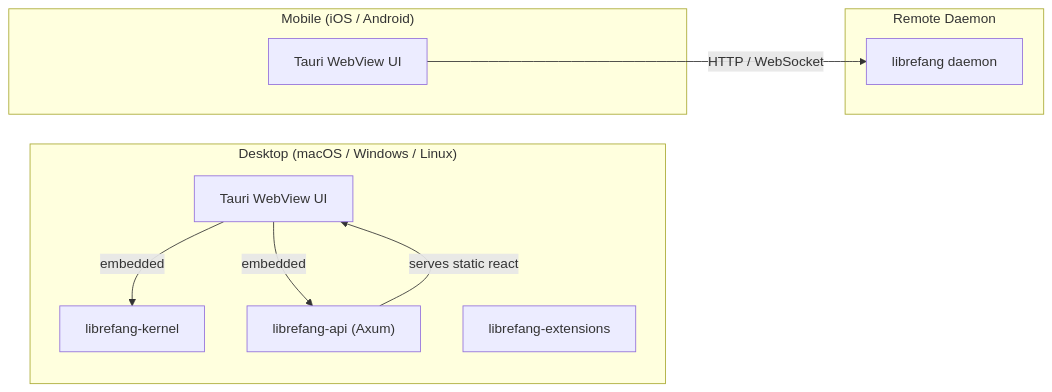
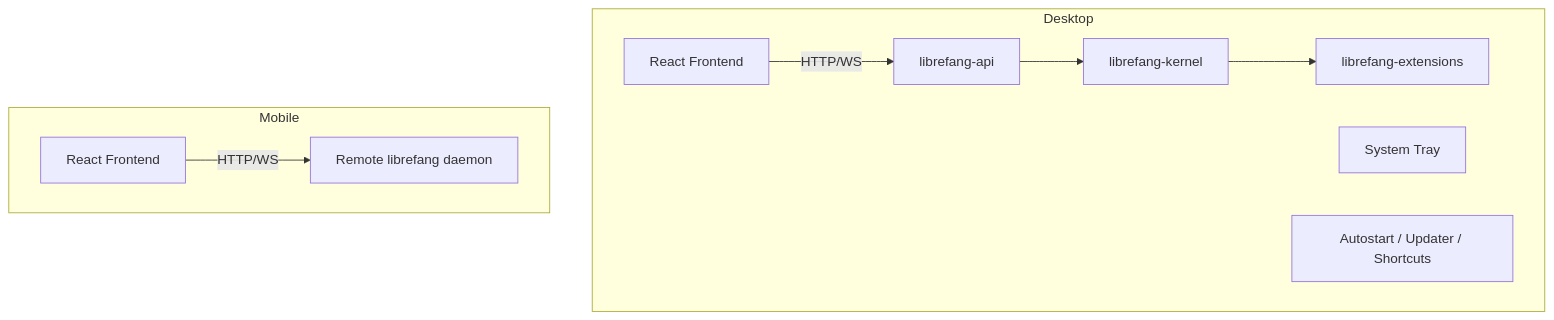
Before and after one commit to leszek3737/librefang-WIki: the diagram in other-librefang-desktop.md, drawn with Mermaid. The commit also changed other lines of this file and 126 other files, not shown here.

````diff
--- a/other-librefang-desktop.md
+++ b/other-librefang-desktop.md
@@ -9,22 +13,13 @@
 ```mermaid
-graph LR
-    subgraph Desktop["Desktop (macOS / Windows / Linux)"]
-        UI["Tauri WebView UI"]
-        TK["librefang-kernel"]
-        TA["librefang-api (Axum)"]
-        EXT["librefang-extensions"]
+graph TD
+    subgraph Desktop
+        UI[React Frontend] -->|HTTP/WS| API[librefang-api]
+        API --> KERNEL[librefang-kernel]
+        KERNEL --> EXT[librefang-extensions]
+        TRAY[System Tray]
+        AUTO[Autostart / Updater / Shortcuts]
     end
-
-    subgraph Mobile["Mobile (iOS / Android)"]
-        MUI["Tauri WebView UI"]
+    subgraph Mobile
+        MUI[React Frontend] -->|HTTP/WS| REMOTE[Remote librefang daemon]
     end
-
-    subgraph Remote["Remote Daemon"]
-        DAEMON["librefang daemon"]
-    end
-
-    UI -- embedded --> TK
-    UI -- embedded --> TA
-    MUI -- HTTP / WebSocket --> DAEMON
-    TA -- serves static react --> UI
 ```
````
